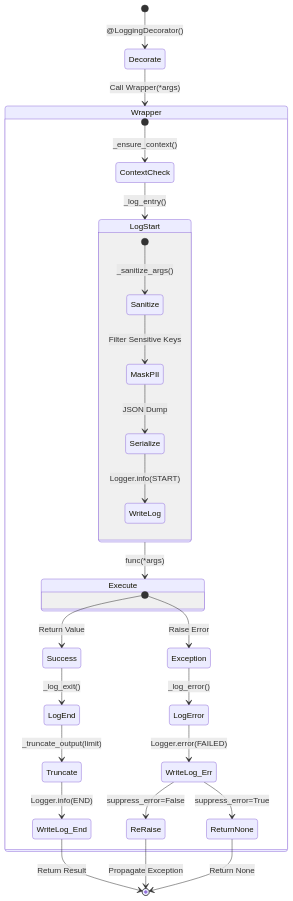
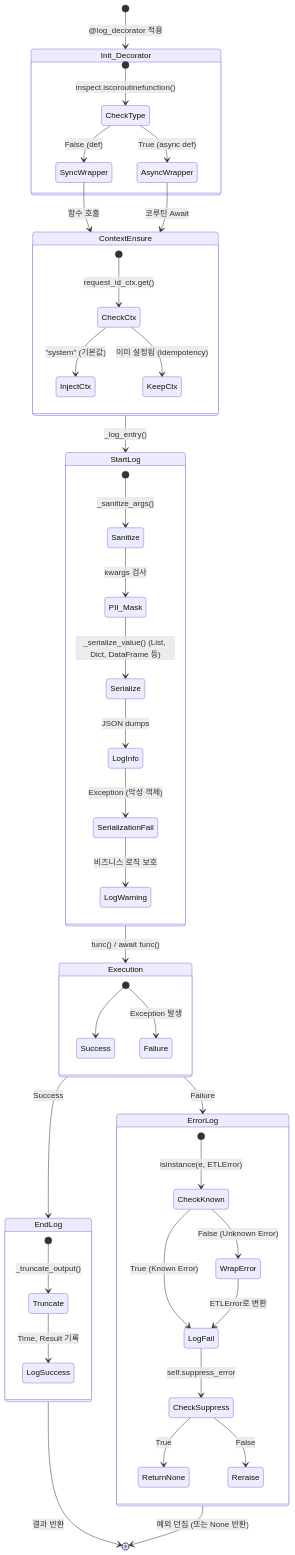
One commit to ASSETMIND/AssetMind changed the diagram in docs/TCS/data-pipeline/TCS-DEC-001.md. Above: the diagram before and after it, drawn with Mermaid. The commit also changed other lines of this file and 1 other file, not shown here.

Commit message:
#227 - [docs] Log Decorator 테스트 문서 수정

````diff
--- a/docs/TCS/data-pipeline/TCS-DEC-001.md
+++ b/docs/TCS/data-pipeline/TCS-DEC-001.md
@@ -17,38 +17,56 @@
 ```mermaid
 stateDiagram-v2
-    [*] --> Decorate: @LoggingDecorator()
-    Decorate --> Wrapper: Call Wrapper(*args)
+    [*] --> Init_Decorator: @log_decorator 적용
 
-    state Wrapper {
-        [*] --> ContextCheck: _ensure_context()
-        ContextCheck --> LogStart: _log_entry()
-
-        state LogStart {
-            [*] --> Sanitize: _sanitize_args()
-            Sanitize --> MaskPII: Filter Sensitive Keys
-            MaskPII --> Serialize: JSON Dump
-            Serialize --> WriteLog: Logger.info(START)
-        }
-
-        LogStart --> Execute: func(*args)
-
-        state Execute {
-            [*] --> Success: Return Value
-            [*] --> Exception: Raise Error
-        }
-
-        Success --> LogEnd: _log_exit()
-        LogEnd --> Truncate: _truncate_output(limit)
-        Truncate --> WriteLog_End: Logger.info(END)
-
-        Exception --> LogError: _log_error()
-        LogError --> WriteLog_Err: Logger.error(FAILED)
-
-        WriteLog_Err --> ReRaise: suppress_error=False
-        WriteLog_Err --> ReturnNone: suppress_error=True
+    state Init_Decorator {
+        [*] --> CheckType: inspect.iscoroutinefunction()
+        CheckType --> SyncWrapper: False (def)
+        CheckType --> AsyncWrapper: True (async def)
     }
 
-    WriteLog_End --> [*]: Return Result
-    ReRaise --> [*]: Propagate Exception
-    ReturnNone --> [*]: Return None
+    SyncWrapper --> ContextEnsure: 함수 호출
+    AsyncWrapper --> ContextEnsure: 코루틴 Await
+
+    state ContextEnsure {
+        [*] --> CheckCtx: request_id_ctx.get()
+        CheckCtx --> InjectCtx: "system" (기본값)
+        CheckCtx --> KeepCtx: 이미 설정됨 (Idempotency)
+    }
+
+    ContextEnsure --> StartLog: _log_entry()
+
+    state StartLog {
+        [*] --> Sanitize: _sanitize_args()
+        Sanitize --> PII_Mask: kwargs 검사
+        PII_Mask --> Serialize: _serialize_value() (List, Dict, DataFrame 등)
+        Serialize --> LogInfo: JSON dumps
+        LogInfo --> SerializationFail: Exception (악성 객체)
+        SerializationFail --> LogWarning: 비즈니스 로직 보호
+    }
+
+    StartLog --> Execution: func() / await func()
+
+    state Execution {
+        [*] --> Success
+        [*] --> Failure: Exception 발생
+    }
+
+    Execution --> EndLog: Success
+    state EndLog {
+        [*] --> Truncate: _truncate_output()
+        Truncate --> LogSuccess: Time, Result 기록
+    }
+    EndLog --> [*]: 결과 반환
+
+    Execution --> ErrorLog: Failure
+    state ErrorLog {
+        [*] --> CheckKnown: isinstance(e, ETLError)
+        CheckKnown --> WrapError: False (Unknown Error)
+        CheckKnown --> LogFail: True (Known Error)
+        WrapError --> LogFail: ETLError로 변환
+        LogFail --> CheckSuppress: self.suppress_error
+        CheckSuppress --> ReturnNone: True
+        CheckSuppress --> Reraise: False
+    }
+    ErrorLog --> [*]: 예외 던짐 (또는 None 반환)
 ```
````
